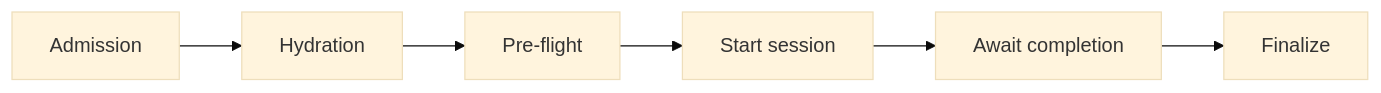
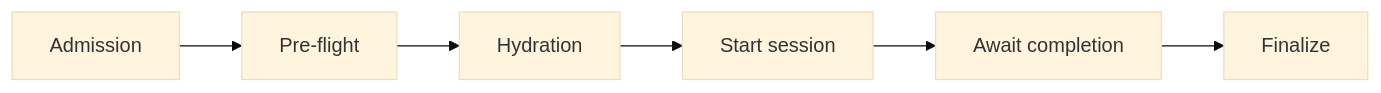
The second of 3 diagrams in docs/design/ORCHESTRATOR.md (aws-samples/sample-autonomous-cloud-coding-agents), drawn with Mermaid (base theme) before and after one commit. The commit also changed other lines of this file and 43 other files, not shown here.

````diff
--- a/docs/design/ORCHESTRATOR.md
+++ b/docs/design/ORCHESTRATOR.md
@@ -152,8 +152,8 @@
 ```mermaid
 flowchart LR
-    A[Admission] --> B[Hydration]
-    B --> C[Pre-flight]
+    A[Admission] --> B[Pre-flight]
+    B --> C[Hydration]
     C --> D[Start session]
     D --> E[Await completion]
     E --> F[Finalize]
 ```
````
